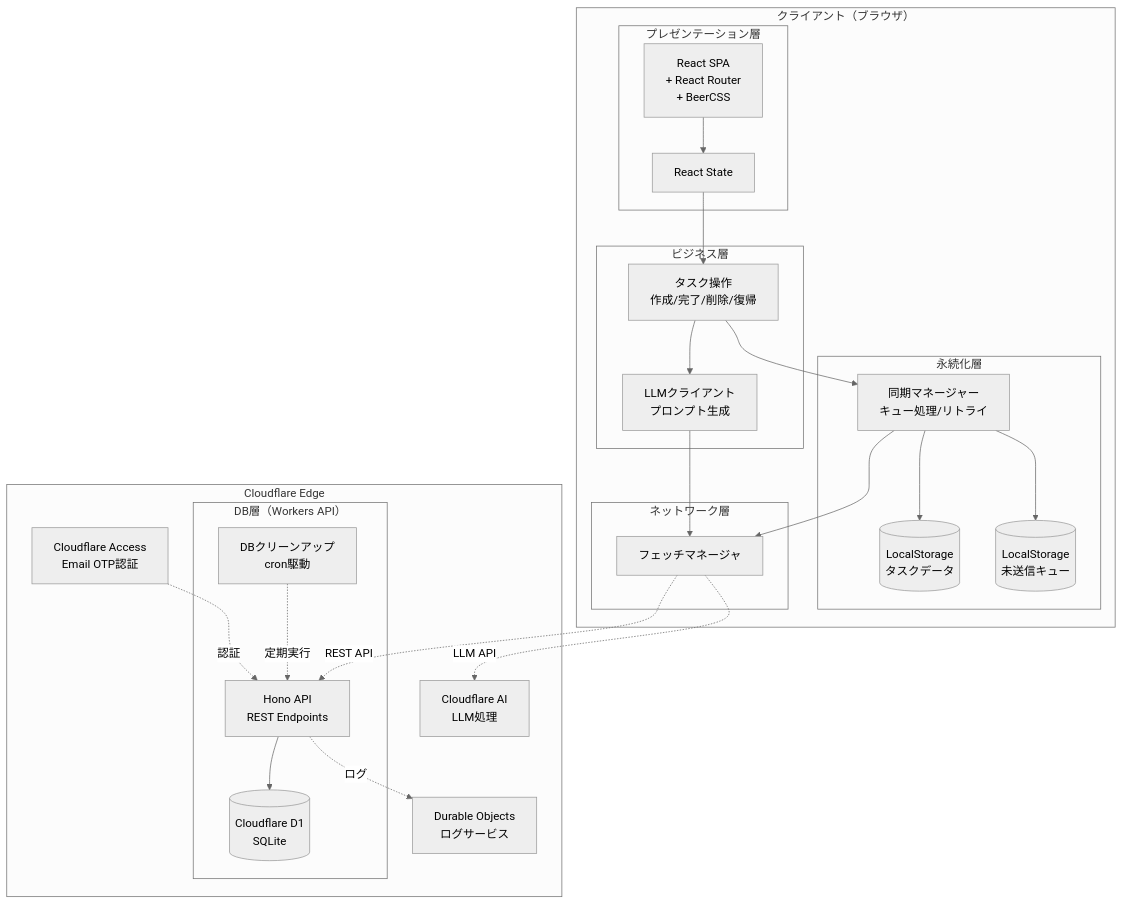
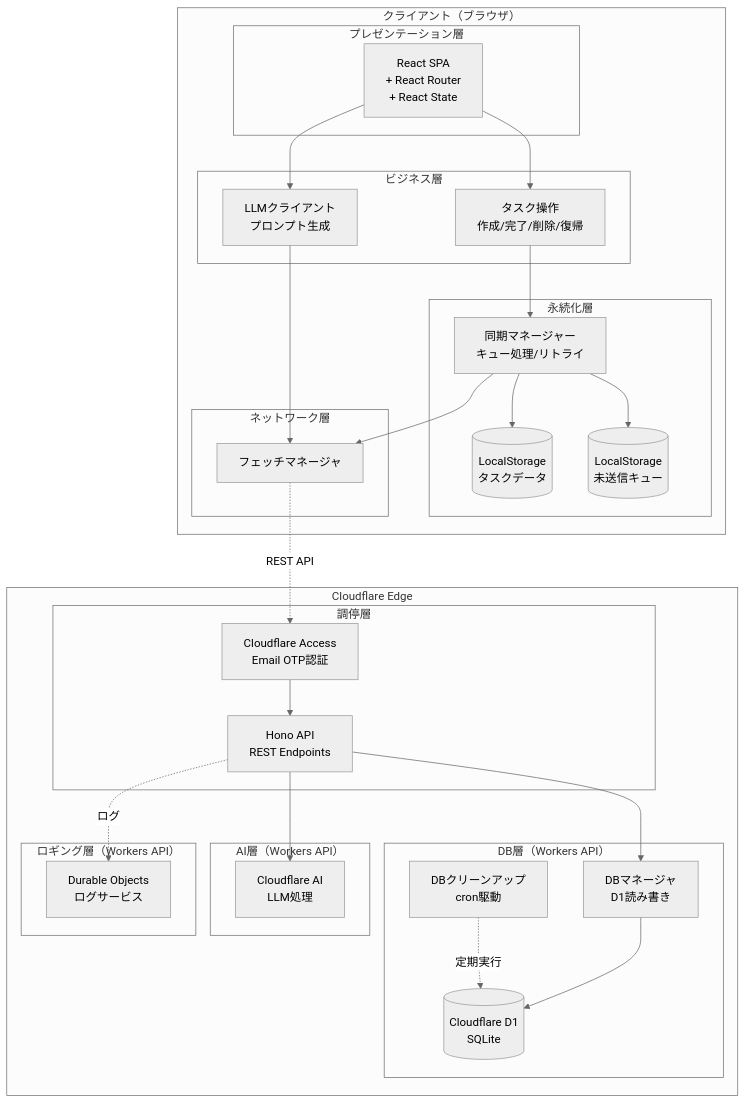
Before and after one commit to osawa-naotaka/vanishtodo: the first of 4 diagrams in doc/04_ARCHETECTURE.md, drawn with Mermaid (neutral theme). The commit also changed other lines of this file and 2 other files, not shown here.

````diff
--- a/doc/04_ARCHETECTURE.md
+++ b/doc/04_ARCHETECTURE.md
@@ -26,52 +26,61 @@
 ```mermaid
 graph TB
     subgraph "クライアント（ブラウザ）"
         subgraph "プレゼンテーション層"
-            UI[React SPA<br/>+ React Router<br/>+ BeerCSS]
-            State[React State]
+            UI[React SPA<br/>+ React Router<br/>+ React State]
         end
         
         subgraph "ビジネス層"
             TaskOps[タスク操作<br/>作成/完了/削除/復帰]
             LLMClient[LLMクライアント<br/>プロンプト生成]
         end
         
         subgraph "永続化層"
             LocalStorage[(LocalStorage<br/>タスクデータ)]
             SyncQueue[(LocalStorage<br/>未送信キュー)]
             SyncManager[同期マネージャー<br/>キュー処理/リトライ]
         end
 
         subgraph "ネットワーク層"
             Fetch[フェッチマネージャ]
         end
     end
     
     subgraph "Cloudflare Edge"
-        Access[Cloudflare Access<br/>Email OTP認証]
-        
+
+        subgraph "調停層"
+            Access[Cloudflare Access<br/>Email OTP認証]
+            Workers[Hono API<br/>REST Endpoints]
+        end
+
         subgraph "DB層（Workers API）"
-            Workers[Hono API<br/>REST Endpoints]
+            Cron[DBクリーンアップ<br/>cron駆動]
+            DB[DBマネージャ<br/>D1読み書き]
             D1[(Cloudflare D1<br/>SQLite)]
-            Cron[DBクリーンアップ<br/>cron駆動]
         end
-        
-        AI[Cloudflare AI<br/>LLM処理]
-        DurableObj[Durable Objects<br/>ログサービス]
+
+        subgraph "AI層（Workers API）"
+            AI[Cloudflare AI<br/>LLM処理]
+        end
+
+        subgraph "ロギング層（Workers API）"
+            DurableObj[Durable Objects<br/>ログサービス]
+        end
+
     end
     
-    UI --> State
-    State --> TaskOps
-    TaskOps --> LLMClient
+    UI --> TaskOps
+    UI --> LLMClient
     TaskOps --> SyncManager
     LLMClient --> Fetch
     SyncManager --> LocalStorage
     SyncManager --> SyncQueue
     SyncManager --> Fetch
-    Fetch -.REST API.-> Workers
-    Fetch -.LLM API.-> AI
-    Workers --> D1
+    Fetch -.REST API.-> Access
+    Access --> Workers
+    Workers --> DB
     Workers -.ログ.-> DurableObj
-    Cron -.定期実行.-> Workers
-    Access -.認証.-> Workers
+    Workers --> AI
+    Cron -.定期実行.-> D1
+    DB --> D1
 ```
````
